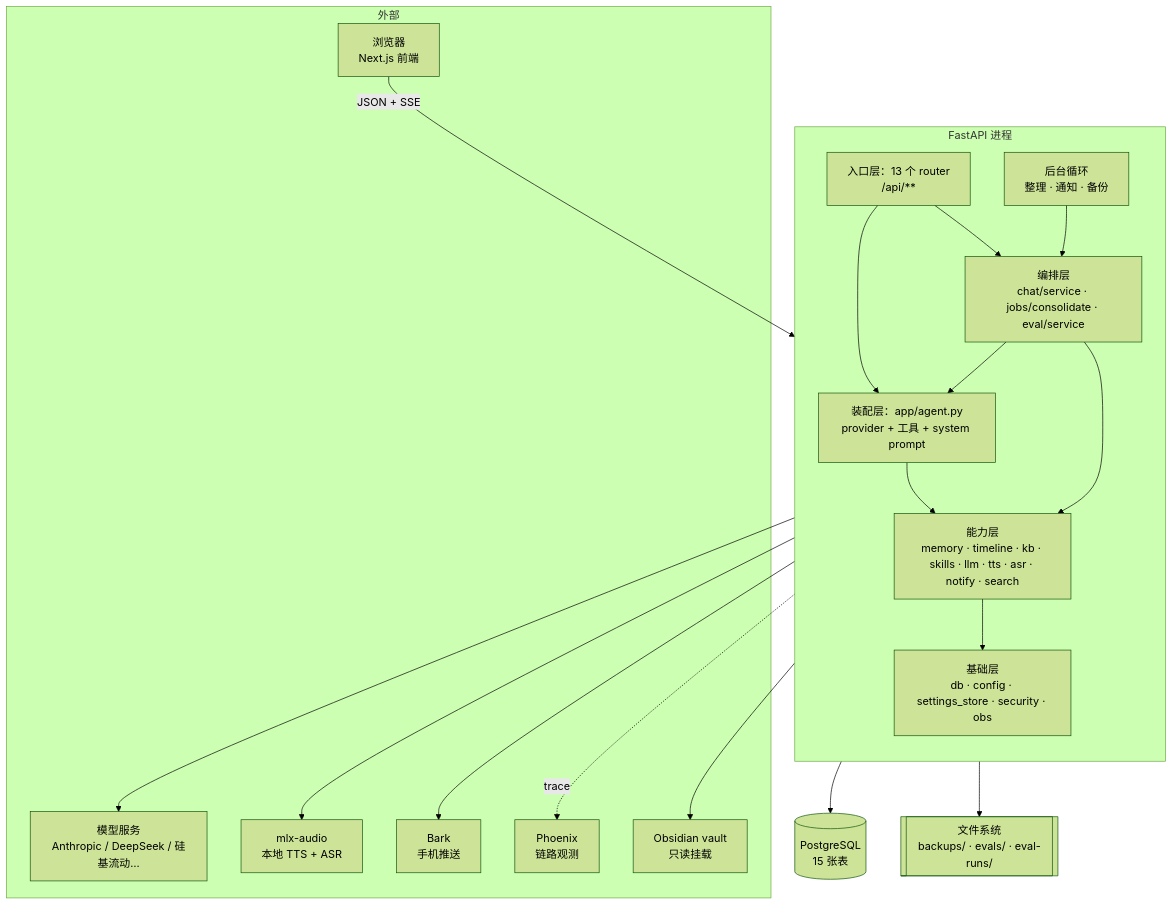
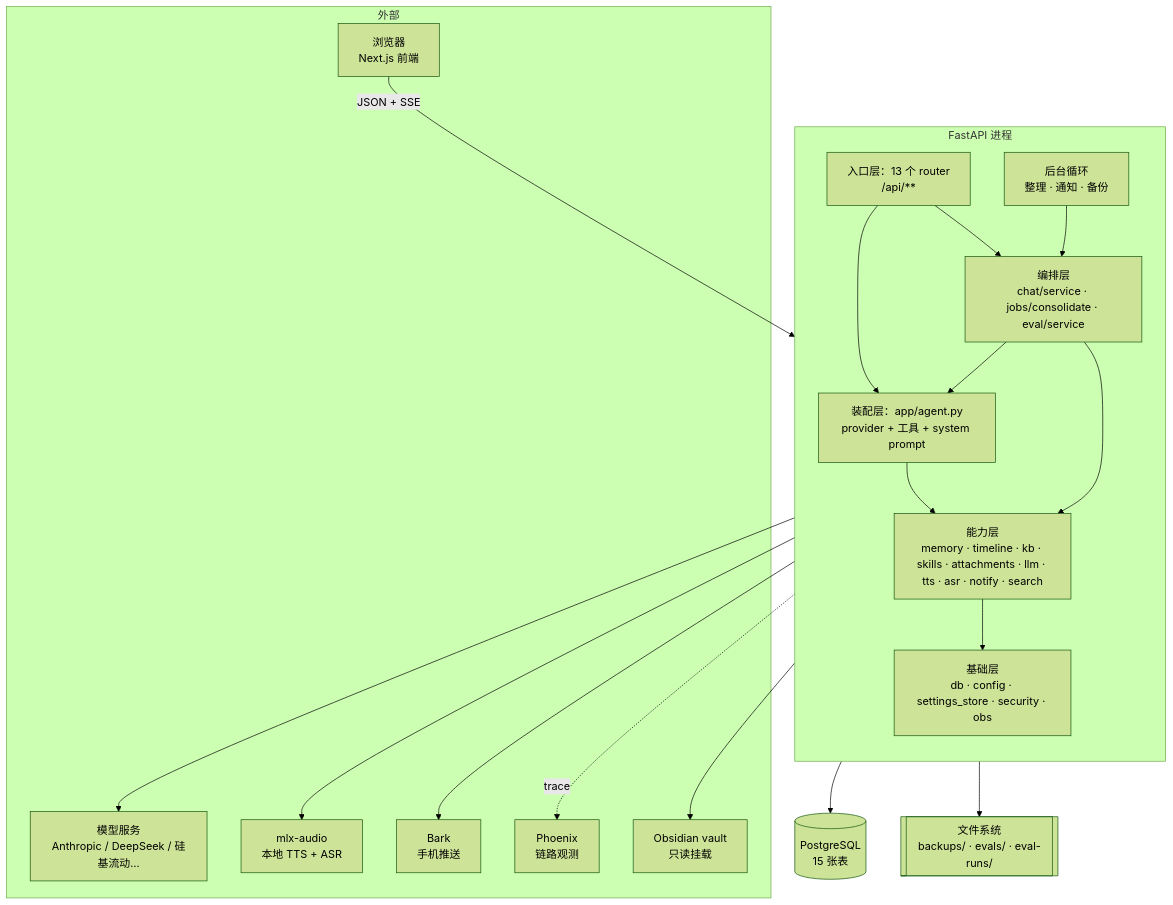
One commit to lance2016/chat-memo changed the first of 6 diagrams in docs/architecture.md. Above: the diagram before and after it, drawn with Mermaid (forest theme). The commit also changed other lines of this file and 59 other files, not shown here.

````diff
--- a/docs/architecture.md
+++ b/docs/architecture.md
@@ -40,40 +40,40 @@
 ```mermaid
 flowchart TB
     subgraph EX["外部"]
         Browser["浏览器<br/>Next.js 前端"]
         Vendors["模型服务<br/>Anthropic / DeepSeek / 硅基流动…"]
         MLX["mlx-audio<br/>本地 TTS + ASR"]
         Bark["Bark<br/>手机推送"]
         Phoenix["Phoenix<br/>链路观测"]
         Vault["Obsidian vault<br/>只读挂载"]
     end
 
     subgraph API["FastAPI 进程"]
         direction TB
         R["入口层：13 个 router<br/>/api/**"]
         AG["装配层：app/agent.py<br/>provider + 工具 + system prompt"]
         OR["编排层<br/>chat/service · jobs/consolidate · eval/service"]
-        CAP["能力层<br/>memory · timeline · kb · skills · llm · tts · asr · notify · search"]
+        CAP["能力层<br/>memory · timeline · kb · skills · attachments · llm · tts · asr · notify · search"]
         BG["后台循环<br/>整理 · 通知 · 备份"]
         INF["基础层<br/>db · config · settings_store · security · obs"]
     end
 
     PG[("PostgreSQL<br/>15 张表")]
     FS[["文件系统<br/>backups/ · evals/ · eval-runs/"]]
 
     Browser -->|"JSON + SSE"| R
     R --> AG
     R --> OR
     BG --> OR
     OR --> AG
     AG --> CAP
     OR --> CAP
     CAP --> INF
     INF --> PG
     CAP --> Vendors
     CAP --> MLX
     CAP --> Bark
     CAP --> Vault
     INF -.trace.-> Phoenix
     OR --> FS
 ```
````
